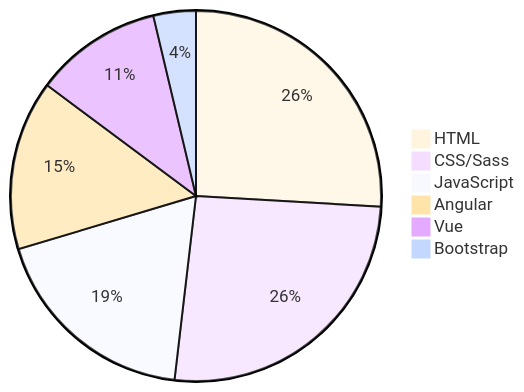
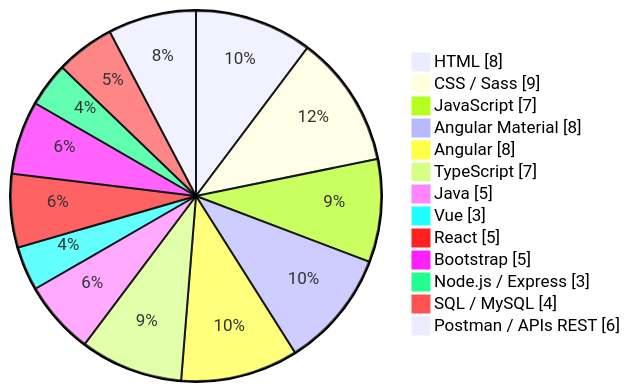
Before and after one commit to Yelose/Yelose: the first of 3 diagrams in README.md, drawn with Mermaid. The commit also changed other lines of this file, not shown here.

````diff
--- a/README.md
+++ b/README.md
@@ -90,10 +18,16 @@
 ```mermaid
-%%{init: {'theme':'base'}}%%
-pie 
-    "HTML" : 7
-    "CSS/Sass" : 7
-    "JavaScript" : 5
-    "Angular" :  4
+pie showData
+    "HTML" : 8
+    "CSS / Sass" : 9
+    "JavaScript" : 7
+    "Angular Material": 8
+    "Angular" : 8
+    "TypeScript" : 7
+    "Java" : 5
     "Vue" : 3
-    "Bootstrap" : 1
+    "React" : 5
+    "Bootstrap" : 5
+    "Node.js / Express" : 3
+    "SQL / MySQL" : 4
+    "Postman / APIs REST" : 6
 ```
````
